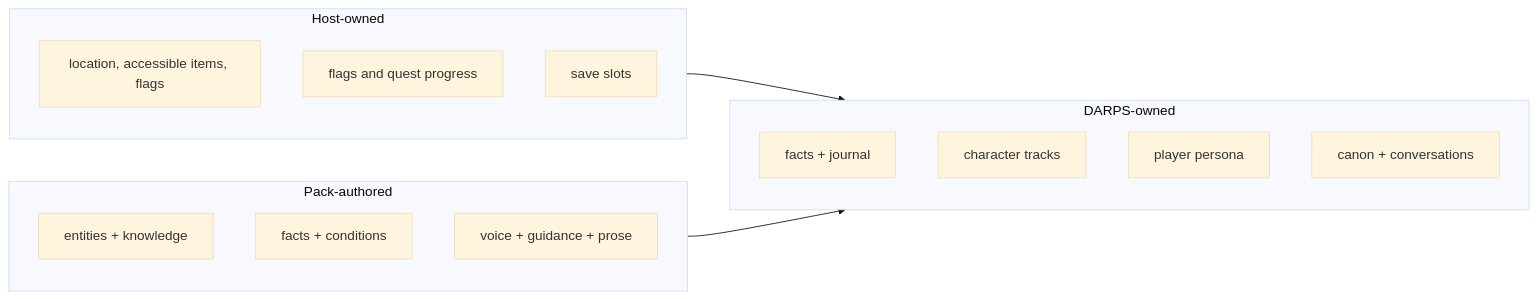
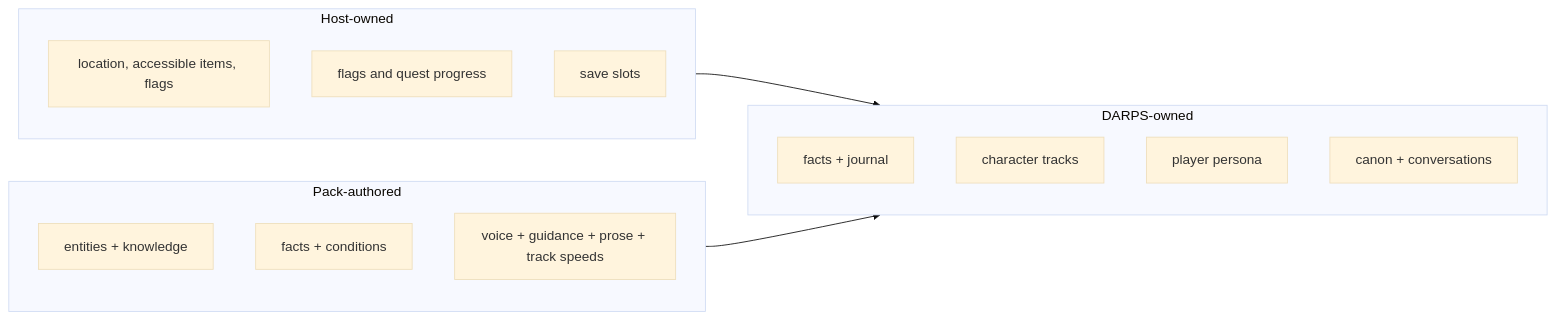
Before and after one commit to Desagidit/darps: the second of 2 diagrams in docs/internals/architecture.md, drawn with Mermaid (base theme). The commit also changed 29 other files, not shown here.

````diff
--- a/docs/internals/architecture.md
+++ b/docs/internals/architecture.md
@@ -36,21 +36,21 @@
 ```mermaid
 flowchart LR
     subgraph Host["Host-owned"]
       World["location, accessible items, flags"]
       Flags["flags and quest progress"]
       Slots["save slots"]
     end
     subgraph Engine["DARPS-owned"]
       Journal["facts + journal"]
       Attitudes["character tracks"]
       Persona["player persona"]
       Canon["canon + conversations"]
     end
     subgraph Pack["Pack-authored"]
       Entities["entities + knowledge"]
       FactWeb["facts + conditions"]
-      Guidance["voice + guidance + prose"]
+      Guidance["voice + guidance + prose + track speeds"]
     end
     Host --> Engine
     Pack --> Engine
 ```
````
